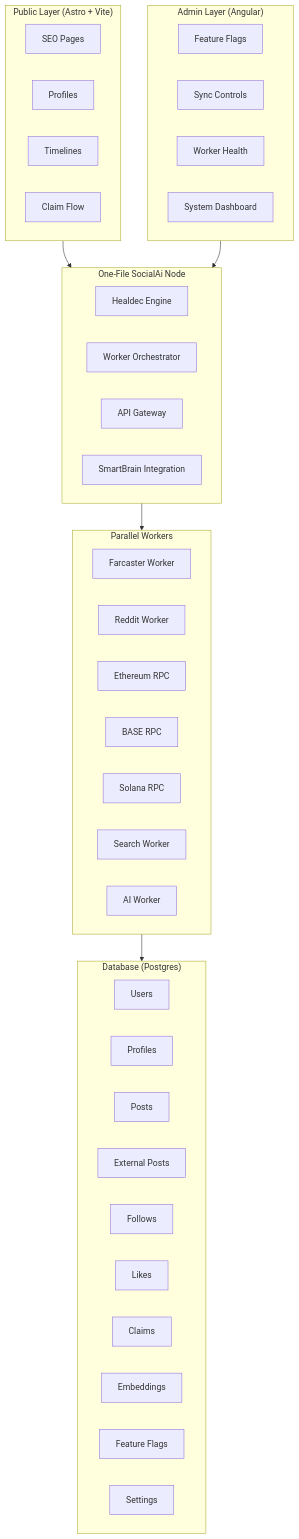
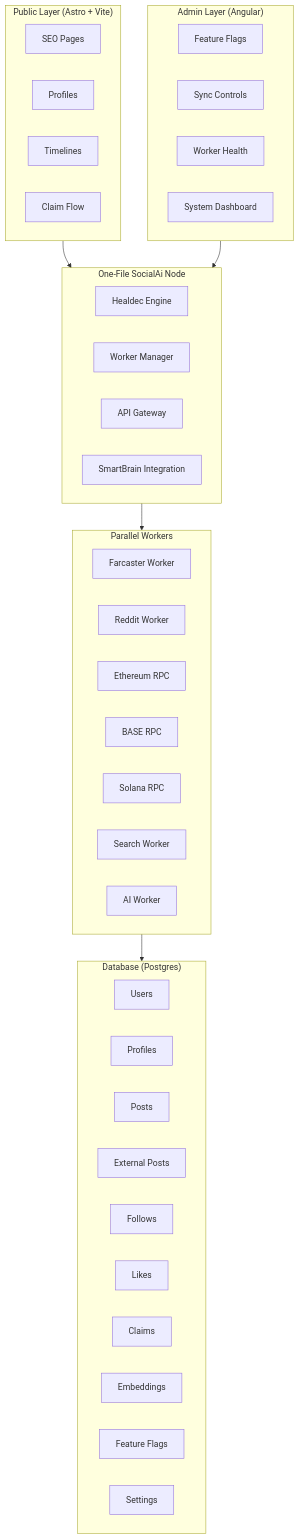
One commit to SolanaRemix/SocialAi changed the first of 2 diagrams in ARCHITECTURE.md. Above: the diagram before and after it, drawn with Mermaid. The commit also changed other lines of this file, not shown here.

Commit message:
Fix terminology consistency: use Worker Manager and non-breaking hyphens throughout

````diff
--- a/ARCHITECTURE.md
+++ b/ARCHITECTURE.md
@@ -7,52 +7,52 @@
 ```mermaid
 flowchart TD
 
     subgraph PublicLayer["Public Layer (Astro + Vite)"]
         A1[SEO Pages]
         A2[Profiles]
         A3[Timelines]
         A4[Claim Flow]
     end
 
     subgraph AdminLayer["Admin Layer (Angular)"]
         B1[Feature Flags]
         B2[Sync Controls]
         B3[Worker Health]
         B4[System Dashboard]
     end
 
     subgraph Backend["One‑File SocialAi Node"]
         C1[Healdec Engine]
-        C2[Worker Orchestrator]
+        C2[Worker Manager]
         C3[API Gateway]
         C4[SmartBrain Integration]
     end
 
     subgraph Workers["Parallel Workers"]
         W1[Farcaster Worker]
         W2[Reddit Worker]
         W3[Ethereum RPC]
         W4[BASE RPC]
         W5[Solana RPC]
         W6[Search Worker]
         W7[AI Worker]
     end
 
     subgraph Database["Database (Postgres)"]
         D1[Users]
         D2[Profiles]
         D3[Posts]
         D4[External Posts]
         D5[Follows]
         D6[Likes]
         D7[Claims]
         D8[Embeddings]
         D9[Feature Flags]
         D10[Settings]
     end
 
     PublicLayer --> Backend
     AdminLayer --> Backend
     Backend --> Workers
     Workers --> Database
 ```
````
